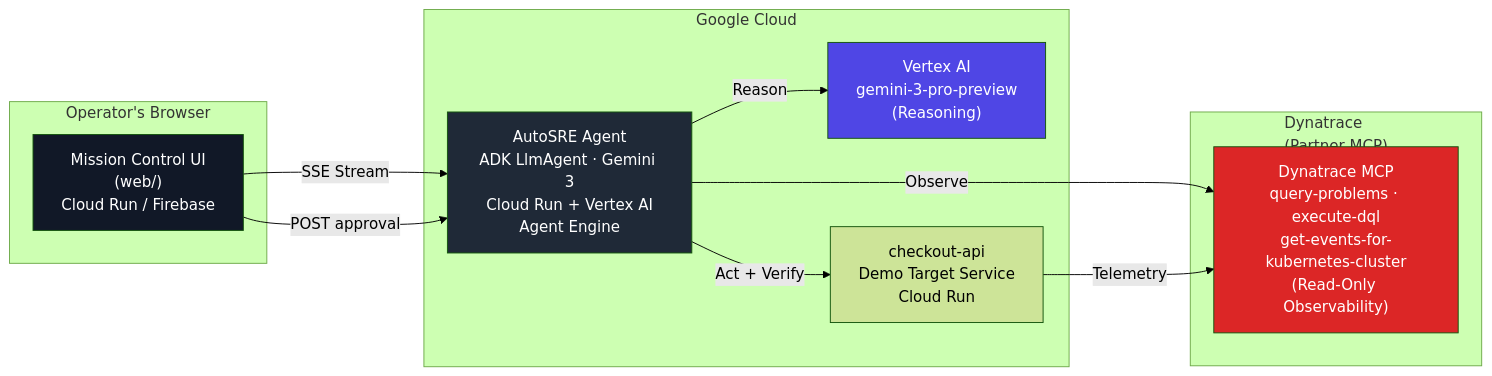
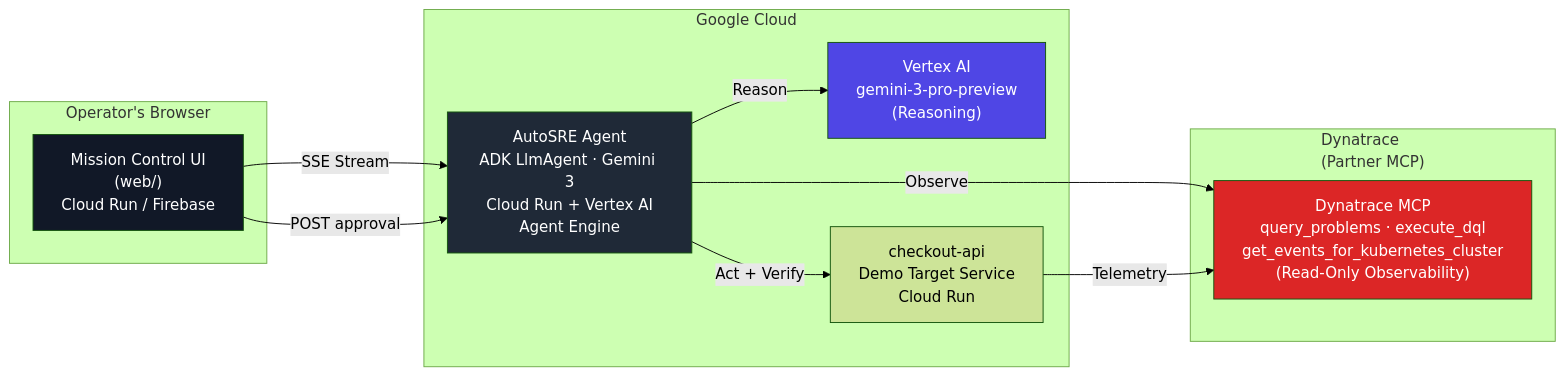
Before and after one commit to thylinao1/autosre: the diagram in README.md, drawn with Mermaid (forest theme). The commit also changed other lines of this file and 33 other files, not shown here.

````diff
--- a/README.md
+++ b/README.md
@@ -44,28 +46,28 @@
 ```mermaid
 graph LR
     subgraph browser["Operator's Browser"]
         UI["Mission Control UI<br/>(web/)<br/>Cloud Run / Firebase"]
     end
     
     subgraph gcp["Google Cloud"]
         AGENT["AutoSRE Agent<br/>ADK LlmAgent · Gemini 3<br/>Cloud Run + Vertex AI<br/>Agent Engine"]
         VERTEX["Vertex AI<br/>gemini-3-pro-preview<br/>(Reasoning)"]
         TARGET["checkout-api<br/>Demo Target Service<br/>Cloud Run"]
     end
     
     subgraph dt["Dynatrace<br/>(Partner MCP)"]
-        MCP["Dynatrace MCP<br/>query-problems · execute-dql<br/>get-events-for-kubernetes-cluster<br/>(Read-Only Observability)"]
+        MCP["Dynatrace MCP<br/>query_problems · execute_dql<br/>get_events_for_kubernetes_cluster<br/>(Read-Only Observability)"]
     end
     
     UI -->|SSE Stream| AGENT
     UI -->|POST approval| AGENT
     AGENT -->|Reason| VERTEX
     AGENT -->|Observe| MCP
     AGENT -->|Act + Verify| TARGET
     TARGET -->|Telemetry| MCP
     
     style AGENT fill:#1f2937,color:#fff
     style UI fill:#111827,color:#fff
     style VERTEX fill:#4f46e5,color:#fff
     style MCP fill:#dc2626,color:#fff
 ```
````
